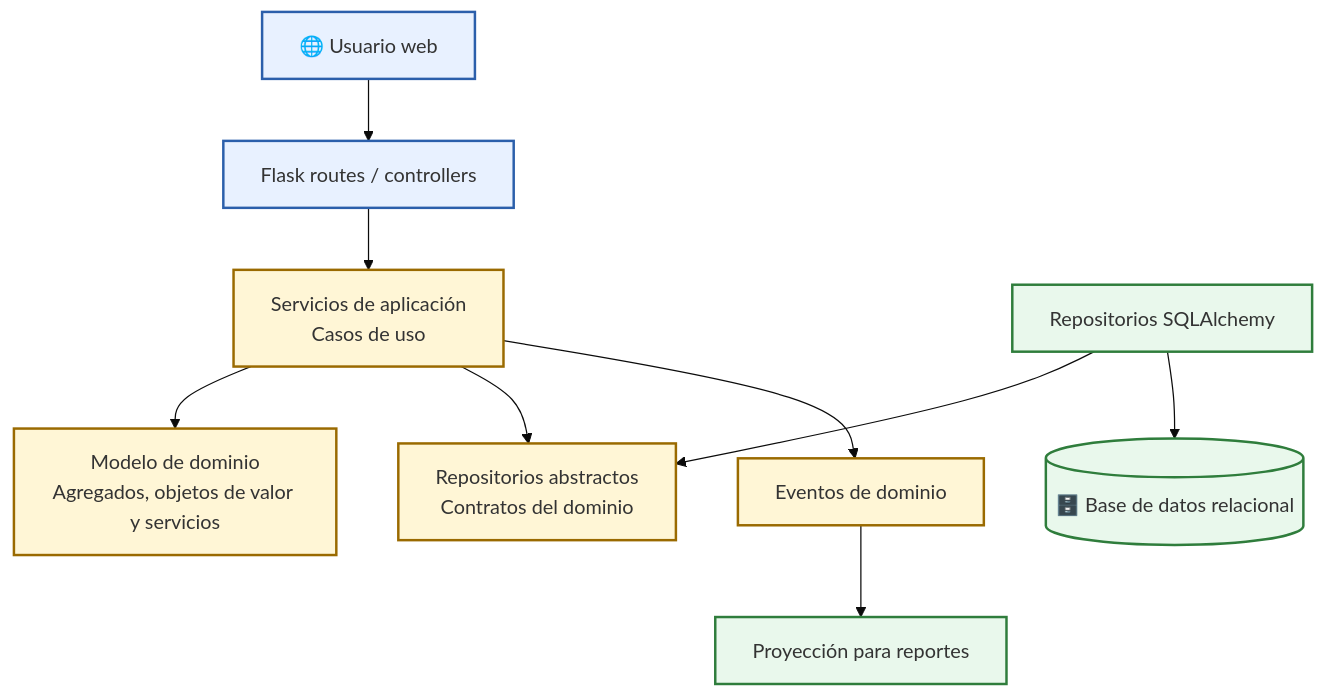
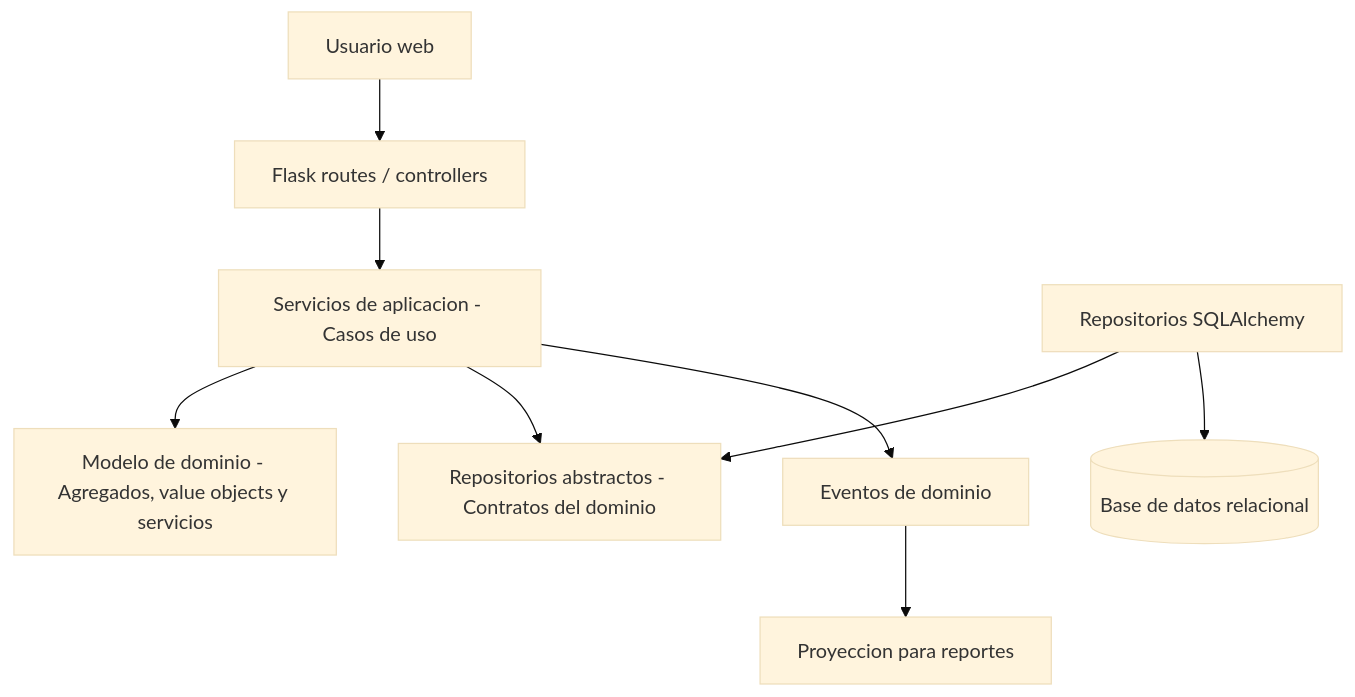
One commit to javierRock/SoftwareTextil changed the fourth of 9 diagrams in README.md. Above: the diagram before and after it, drawn with Mermaid (base theme). The commit also changed other lines of this file, not shown here.

First line of the commit message:
docs: simplificar README para compatibilidad con GitHub

````diff
--- a/README.md
+++ b/README.md
@@ -502,19 +383,11 @@
 ```mermaid
 flowchart TD
-    UsuarioWeb["🌐 Usuario web"] --> Flask["Flask routes / controllers"]
-    Flask --> AppServices["Servicios de aplicación\nCasos de uso"]
-    AppServices --> DomainModel["Modelo de dominio\nAgregados, objetos de valor y servicios"]
-    AppServices --> Ports["Repositorios abstractos\nContratos del dominio"]
+    UsuarioWeb["Usuario web"] --> Flask["Flask routes / controllers"]
+    Flask --> AppServices["Servicios de aplicacion - Casos de uso"]
+    AppServices --> DomainModel["Modelo de dominio - Agregados, value objects y servicios"]
+    AppServices --> Ports["Repositorios abstractos - Contratos del dominio"]
     SQLA["Repositorios SQLAlchemy"] --> Ports
-    SQLA --> DB[("🗄️ Base de datos relacional")]
+    SQLA --> DB[("Base de datos relacional")]
     AppServices --> Events["Eventos de dominio"]
-    Events --> Reports["Proyección para reportes"]
-
-    classDef outer fill:#e8f1ff,stroke:#2b5fab,stroke-width:2px
-    classDef core fill:#fff6d6,stroke:#9a6a00,stroke-width:2px
-    classDef infra fill:#e9f8ec,stroke:#2f7d3c,stroke-width:2px
-
-    class UsuarioWeb,Flask outer
-    class AppServices,DomainModel,Ports,Events core
-    class SQLA,DB,Reports infra
+    Events --> Reports["Proyeccion para reportes"]
 ```
````
